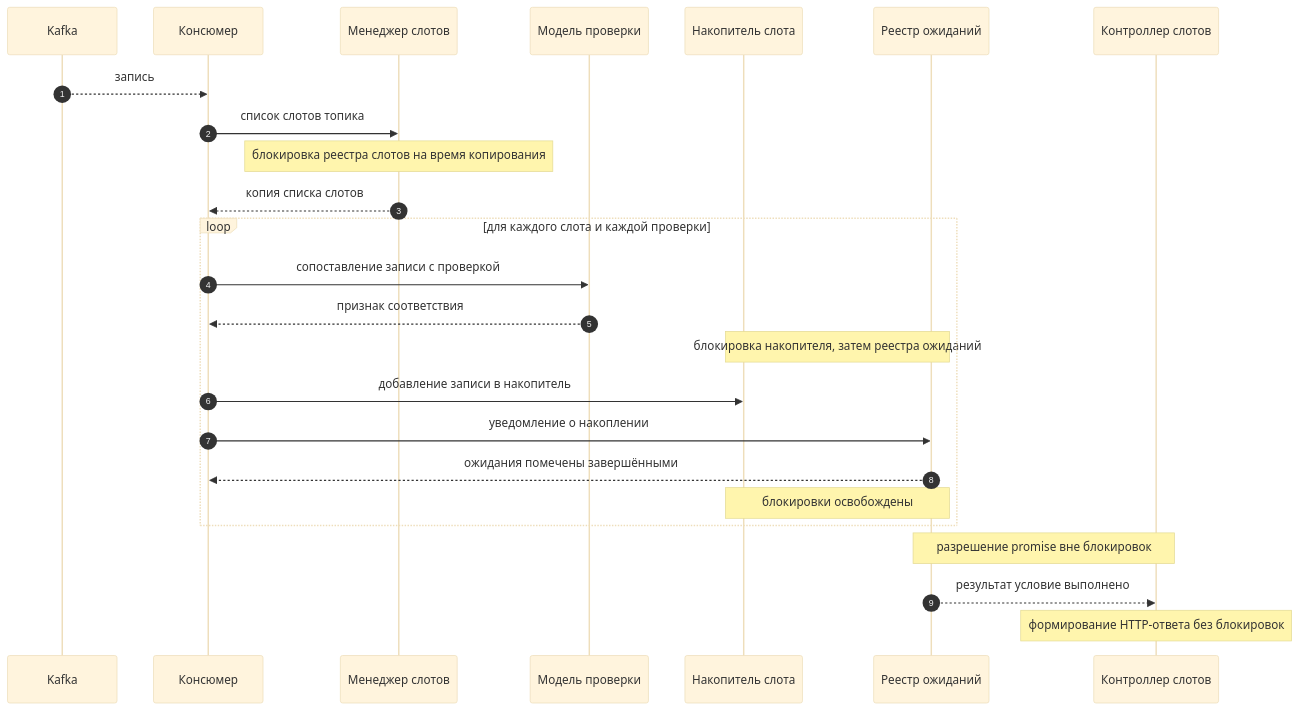
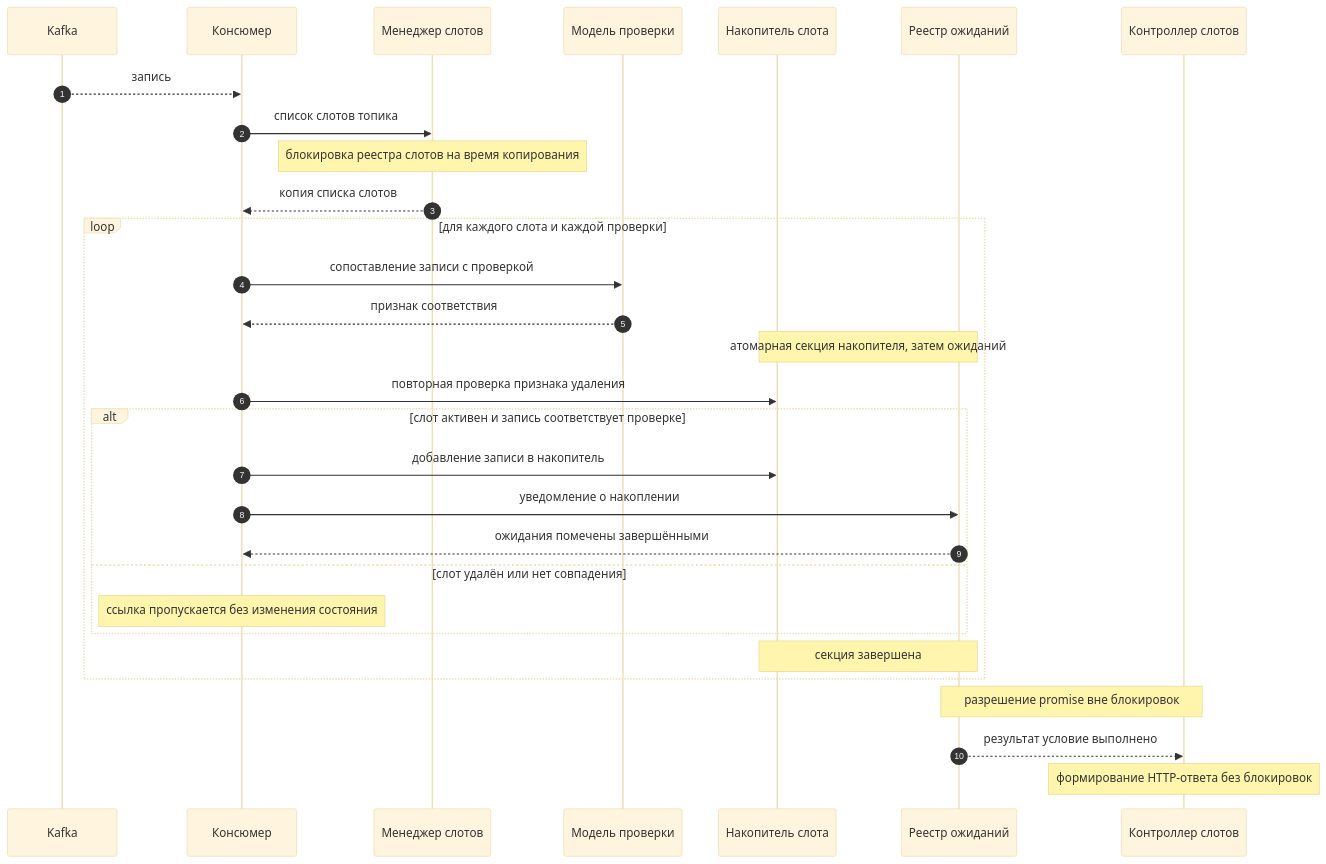
Before and after one commit to WS68/KafkaTestingREST: the second of 3 diagrams in docs/architecture.md, drawn with Mermaid (base theme). The commit also changed other lines of this file and 4 other files, not shown here.

````diff
--- a/docs/architecture.md
+++ b/docs/architecture.md
@@ -458,28 +470,33 @@
 ```mermaid
 sequenceDiagram
     autonumber
     participant Kafka as Kafka
     participant Cons as Консюмер
     participant Slots as Менеджер слотов
     participant Match as Модель проверки
     participant Acc as Накопитель слота
     participant Pending as Реестр ожиданий
     participant Ctrl as Контроллер слотов
 
     Kafka-->>Cons: запись
     Cons->>Slots: список слотов топика
     Note over Slots: блокировка реестра слотов на время копирования
     Slots-->>Cons: копия списка слотов
     loop для каждого слота и каждой проверки
         Cons->>Match: сопоставление записи с проверкой
         Match-->>Cons: признак соответствия
-        Note over Acc,Pending: блокировка накопителя, затем реестра ожиданий
-        Cons->>Acc: добавление записи в накопитель
-        Cons->>Pending: уведомление о накоплении
-        Pending-->>Cons: ожидания помечены завершёнными
-        Note over Acc,Pending: блокировки освобождены
+        Note over Acc,Pending: атомарная секция накопителя, затем ожиданий
+        Cons->>Acc: повторная проверка признака удаления
+        alt слот активен и запись соответствует проверке
+            Cons->>Acc: добавление записи в накопитель
+            Cons->>Pending: уведомление о накоплении
+            Pending-->>Cons: ожидания помечены завершёнными
+        else слот удалён или нет совпадения
+            Note over Cons: ссылка пропускается без изменения состояния
+        end
+        Note over Acc,Pending: секция завершена
     end
     Note over Pending,Ctrl: разрешение promise вне блокировок
     Pending-->>Ctrl: результат условие выполнено
     Note over Ctrl: формирование HTTP-ответа без блокировок
 ```
````
